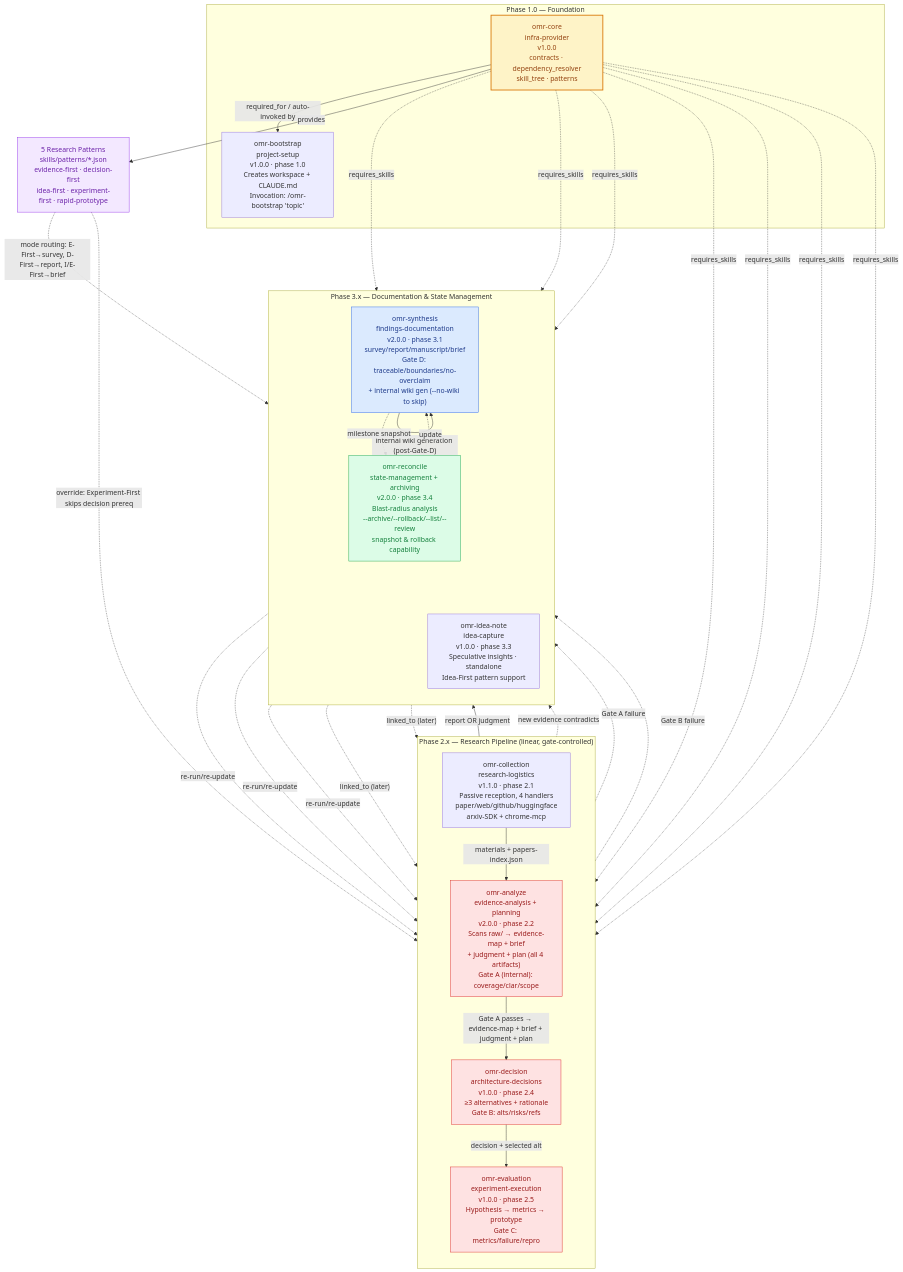
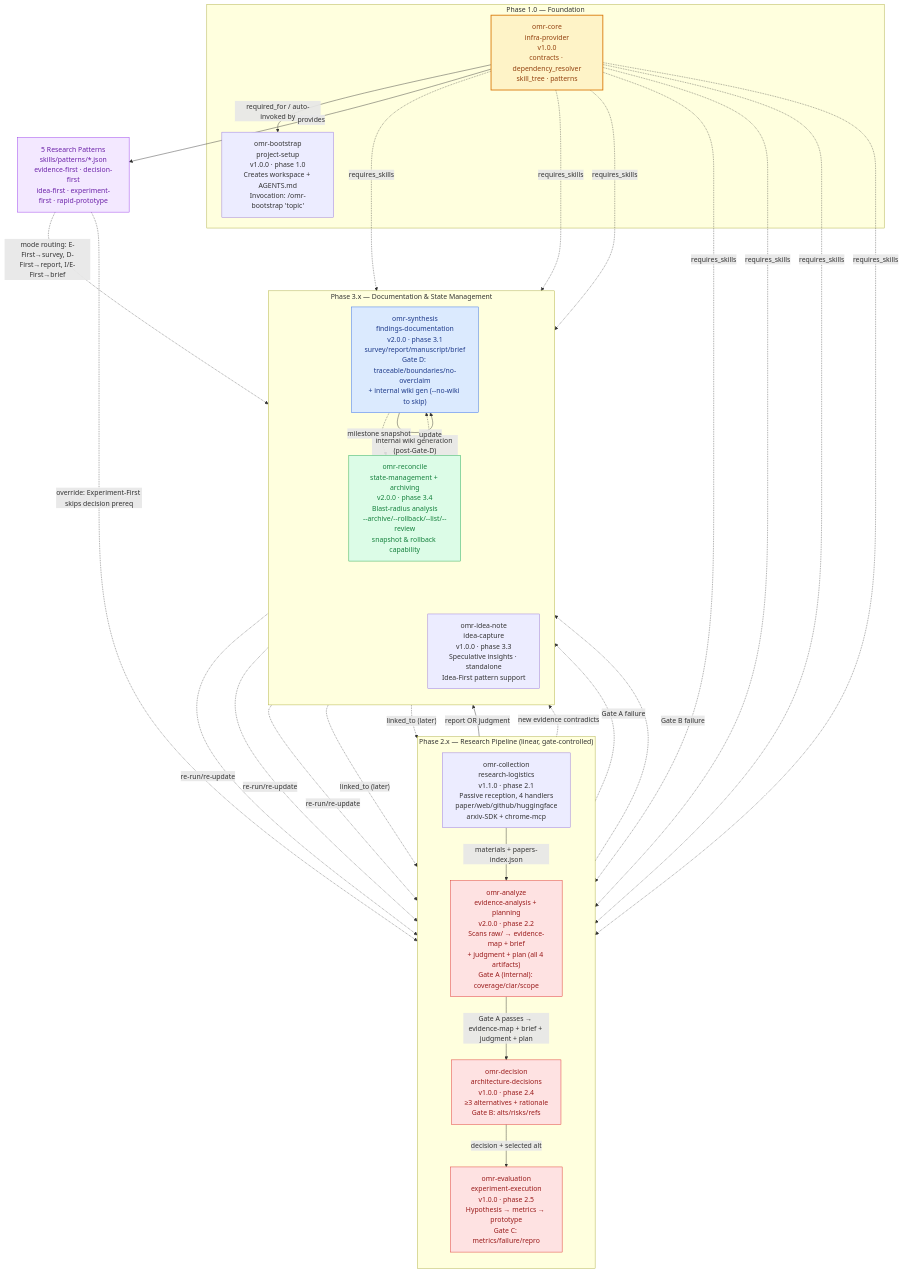
One commit to OMNILab/omni-research changed the diagram in docs/omr-skills-flowchart.md. Above: the diagram before and after it, drawn with Mermaid. The commit also changed other lines of this file and 14 other files, not shown here.

First line of the commit message:
Rename CLAUDE.md → AGENTS.md across the codebase

````diff
--- a/docs/omr-skills-flowchart.md
+++ b/docs/omr-skills-flowchart.md
@@ -11,81 +11,81 @@
 ```mermaid
 flowchart TD
     %% ===== Phase 1.0: Foundation =====
     subgraph P1["Phase 1.0 — Foundation"]
         CORE["omr-core<br/>infra-provider<br/>v1.0.0<br/>contracts · dependency_resolver<br/>skill_tree · patterns"]
-        BOOT["omr-bootstrap<br/>project-setup<br/>v1.0.0 · phase 1.0<br/>Creates workspace + CLAUDE.md<br/>Invocation: /omr-bootstrap 'topic'"]
+        BOOT["omr-bootstrap<br/>project-setup<br/>v1.0.0 · phase 1.0<br/>Creates workspace + AGENTS.md<br/>Invocation: /omr-bootstrap 'topic'"]
         CORE -- "required_for / auto-invoked by" --> BOOT
     end
 
     %% ===== Phase 2.x: Research Pipeline =====
     subgraph P2["Phase 2.x — Research Pipeline (linear, gate-controlled)"]
         direction TB
         COL["omr-collection<br/>research-logistics<br/>v1.1.0 · phase 2.1<br/>Passive reception, 4 handlers<br/>paper/web/github/huggingface<br/>arxiv-SDK + chrome-mcp"]
         ANA["omr-analyze<br/>evidence-analysis + planning<br/>v2.0.0 · phase 2.2<br/>Scans raw/ → evidence-map + brief<br/>+ judgment + plan (all 4 artifacts)<br/>Gate A (internal): coverage/clar/scope"]
         DEC["omr-decision<br/>architecture-decisions<br/>v1.0.0 · phase 2.4<br/>≥3 alternatives + rationale<br/>Gate B: alts/risks/refs"]
         EVAL["omr-evaluation<br/>experiment-execution<br/>v1.0.0 · phase 2.5<br/>Hypothesis → metrics → prototype<br/>Gate C: metrics/failure/repro"]
 
         COL -->|"materials + papers-index.json"| ANA
         ANA -->|"Gate A passes → evidence-map + brief + judgment + plan"| DEC
         DEC -->|"decision + selected alt"| EVAL
     end
 
     %% Core infrastructure required by all Phase 2 skills
     CORE -.->|requires_skills| COL
     CORE -.->|requires_skills| ANA
     CORE -.->|requires_skills| DEC
     CORE -.->|requires_skills| EVAL
 
     %% ===== Phase 3.x: Documentation & State Management =====
     subgraph P3["Phase 3.x — Documentation & State Management"]
         direction TB
         SYN["omr-synthesis<br/>findings-documentation<br/>v2.0.0 · phase 3.1<br/>survey/report/manuscript/brief<br/>Gate D: traceable/boundaries/no-overclaim<br/>+ internal wiki gen (--no-wiki to skip)"]
         IDEA["omr-idea-note<br/>idea-capture<br/>v1.0.0 · phase 3.3<br/>Speculative insights · standalone<br/>Idea-First pattern support"]
         REC["omr-reconcile<br/>state-management + archiving<br/>v2.0.0 · phase 3.4<br/>Blast-radius analysis<br/>--archive/--rollback/--list/--review<br/>snapshot & rollback capability"]
     end
 
     %% Core infra required by Phase 3 skills
     CORE -.->|requires_skills| SYN
     CORE -.->|requires_skills| IDEA
     CORE -.->|requires_skills| REC
 
     %% Phase 2 → Phase 3 forward edges
     EVAL -->|"report OR judgment"| SYN
     SYN -->|"internal wiki generation (post-Gate-D)"| SYN
 
     %% ===== Cross-cutting triggers / loops =====
     %% Reconcile is triggered by new evidence or gate failures
     COL -.->|"new evidence contradicts"| REC
     ANA -.->|"Gate A failure"| REC
     DEC -.->|"Gate B failure"| REC
     REC -.->|"re-run/re-update"| ANA
     REC -.->|"re-run/re-update"| DEC
     REC -.->|"re-run/re-update"| EVAL
     REC -.->|"update"| SYN
 
     %% Archive triggers (internal to reconcile): during reconcile / pre-Gate D / post-publish
     SYN -.->|"milestone snapshot"| REC
 
     %% Idea-note is available anytime; can feed back into decisions/experiments
     IDEA -.->|"linked_to (later)"| DEC
     IDEA -.->|"linked_to (later)"| EVAL
 
     %% ===== Pattern system (shared, optional flow control) =====
     PAT["5 Research Patterns<br/>skills/patterns/*.json<br/>evidence-first · decision-first<br/>idea-first · experiment-first · rapid-prototype"]
     CORE -- "provides" --> PAT
     PAT -.->|"override: Experiment-First skips decision prereq"| EVAL
     PAT -.->|"mode routing: E-First→survey, D-First→report, I/E-First→brief"| SYN
 
     %% Styling
     classDef core fill:#fef3c7,stroke:#d97706,stroke-width:2px,color:#92400e;
     classDef gate fill:#fee2e2,stroke:#dc2626,stroke-width:1px,color:#991b1b;
     classDef doc fill:#dbeafe,stroke:#2563eb,stroke-width:1px,color:#1e3a8a;
     classDef state fill:#dcfce7,stroke:#16a34a,stroke-width:1px,color:#15803d;
     classDef pattern fill:#f3e8ff,stroke:#9333ea,stroke-width:1px,color:#6b21a8;
 
     class CORE core;
     class ANA,DEC,EVAL,SYN gate;
     class SYN doc;
     class REC state;
     class PAT pattern;
 ```
````
